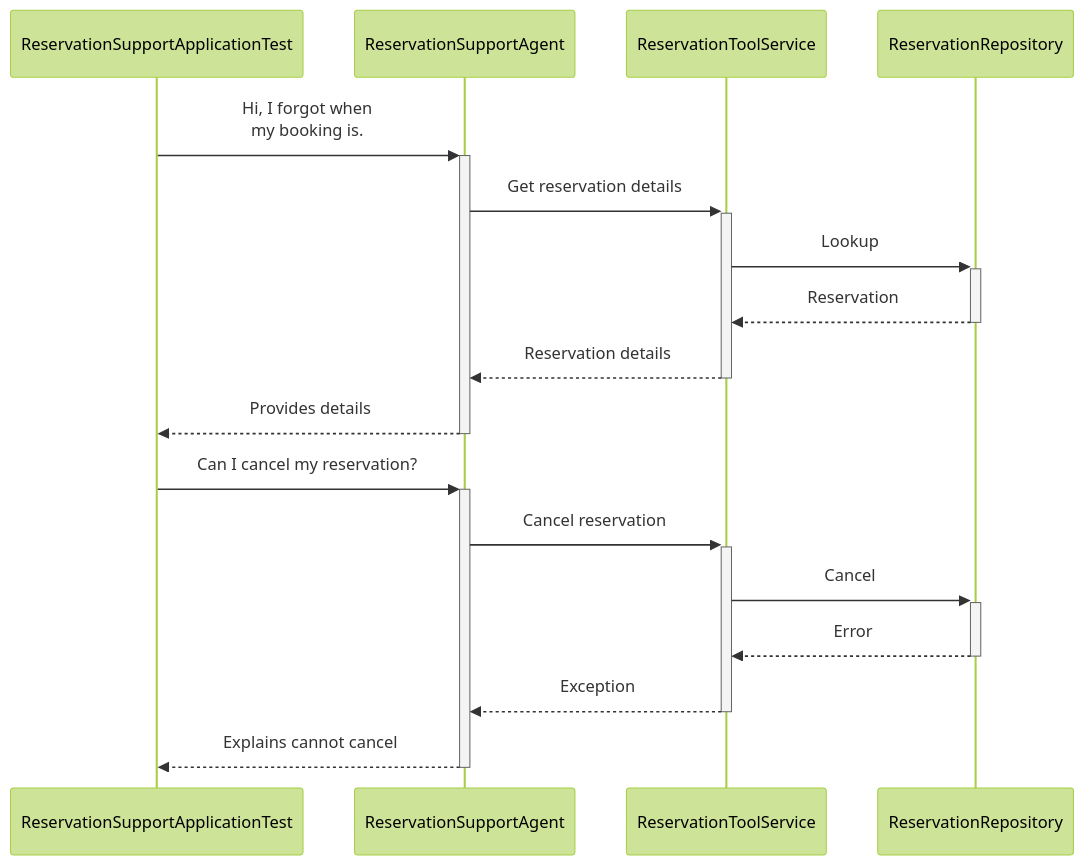
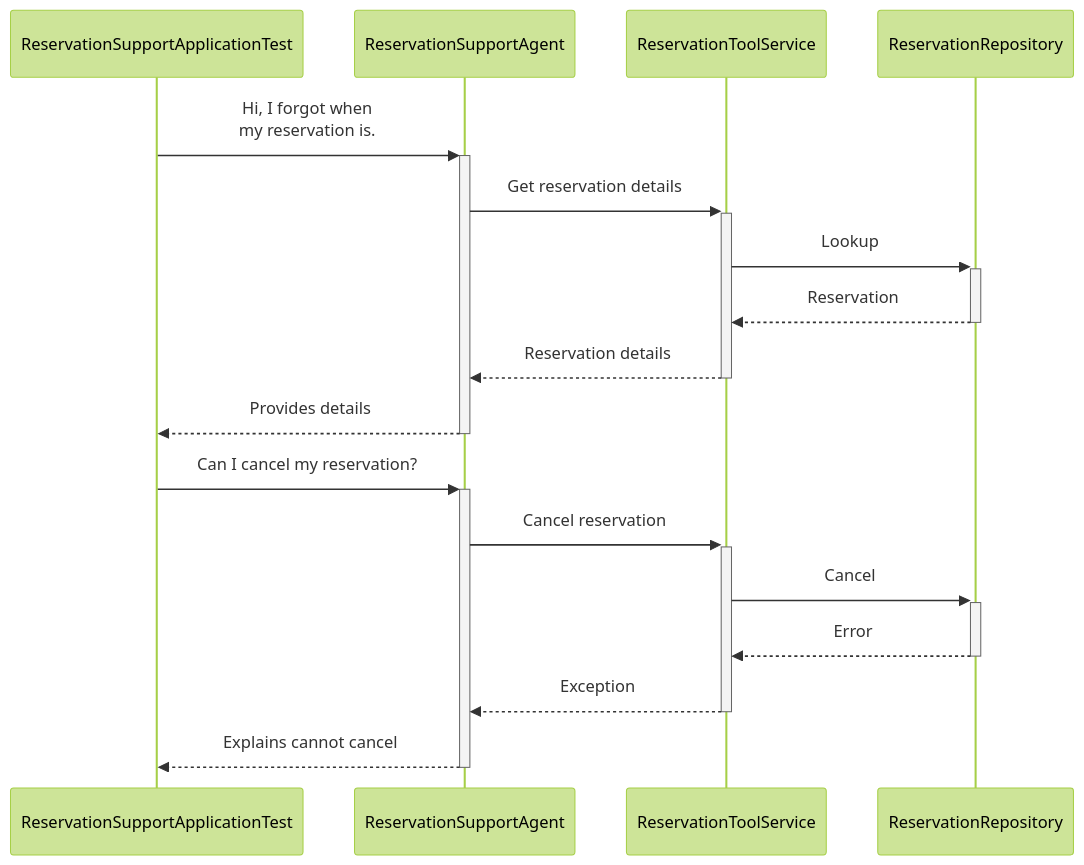
One commit to mgorav/ConversationalAIAssistant changed the fifth of 5 diagrams in readme.md. Above: the diagram before and after it, drawn with Mermaid (forest theme). The commit also changed other lines of this file, not shown here.

````diff
--- a/readme.md
+++ b/readme.md
@@ -255,21 +255,21 @@
 ```mermaid 
 sequenceDiagram
     participant ReservationSupportApplicationTest
     participant ReservationSupportAgent
     participant ReservationToolService
     participant ReservationRepository
 
-    ReservationSupportApplicationTest->>+ReservationSupportAgent: Hi, I forgot when <br>my booking is.
+    ReservationSupportApplicationTest->>+ReservationSupportAgent: Hi, I forgot when <br>my reservation is.
     ReservationSupportAgent->>+ReservationToolService: Get reservation details
     ReservationToolService->>+ReservationRepository: Lookup
     ReservationRepository-->>-ReservationToolService: Reservation
     ReservationToolService-->>-ReservationSupportAgent: Reservation details
     ReservationSupportAgent-->>-ReservationSupportApplicationTest: Provides details
 
     ReservationSupportApplicationTest->>+ReservationSupportAgent: Can I cancel my reservation?
     ReservationSupportAgent->>+ReservationToolService: Cancel reservation
     ReservationToolService->>+ReservationRepository: Cancel
     ReservationRepository-->>-ReservationToolService: Error
     ReservationToolService-->>-ReservationSupportAgent: Exception
     ReservationSupportAgent-->>-ReservationSupportApplicationTest: Explains cannot cancel
 ```  
````
